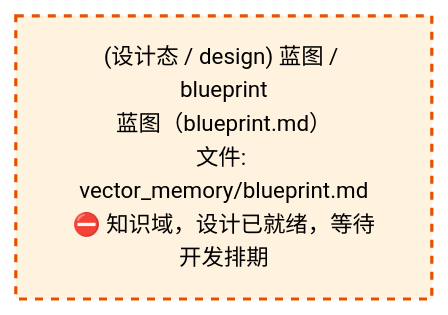
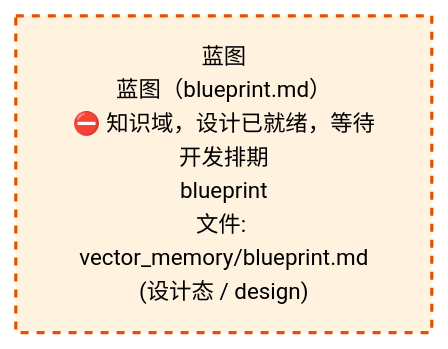
The first of 2 diagrams in docs/02_enterprise_architecture/02_domain_architecture_docs/58_d_knowledge.md (xuanFelixVan/ZephyrAlpha), drawn with Mermaid before and after one commit. The commit also changed other lines of this file and 62 other files, not shown here.

````diff
--- a/docs/02_enterprise_architecture/02_domain_architecture_docs/58_d_knowledge.md
+++ b/docs/02_enterprise_architecture/02_domain_architecture_docs/58_d_knowledge.md
@@ -53,10 +53,10 @@
 ```mermaid
 %%{init: {'theme': 'base', 'themeVariables': {'primaryColor': '#eaeaea', 'primaryTextColor': '#333333', 'primaryBorderColor': '#666666', 'lineColor': '#666666', 'secondaryColor': '#eaeaea', 'tertiaryColor': '#eaeaea', 'fontSize': '14px'}}}%%
 flowchart TD
-    docs_03_modules_domain_knowledge_vector_memory_blueprint_md["(设计态 / design) 蓝图 / blueprint<br/>蓝图（blueprint.md）<br/>文件: vector_memory/blueprint.md<br/>⛔ 知识域，设计已就绪，等待开发排期"]
+    docs_03_modules_domain_knowledge_vector_memory_blueprint_md["蓝图<br/>蓝图（blueprint.md）<br/>⛔ 知识域，设计已就绪，等待开发排期<br/>blueprint<br/>文件: vector_memory/blueprint.md<br/>(设计态 / design)"]
     classDef production fill:#e1f5fe,stroke:#01579b,stroke-width:2px,color:#000
     classDef design fill:#fff3e0,stroke:#e65100,stroke-width:2px,color:#000,stroke-dasharray: 5 5
     classDef external_prod fill:#e8f4fd,stroke:#0277bd,stroke-width:1px,color:#000
     classDef external_design fill:#fff8e7,stroke:#ef6c00,stroke-width:1px,color:#000,stroke-dasharray: 5 5
     class docs_03_modules_domain_knowledge_vector_memory_blueprint_md design
 ```
````
